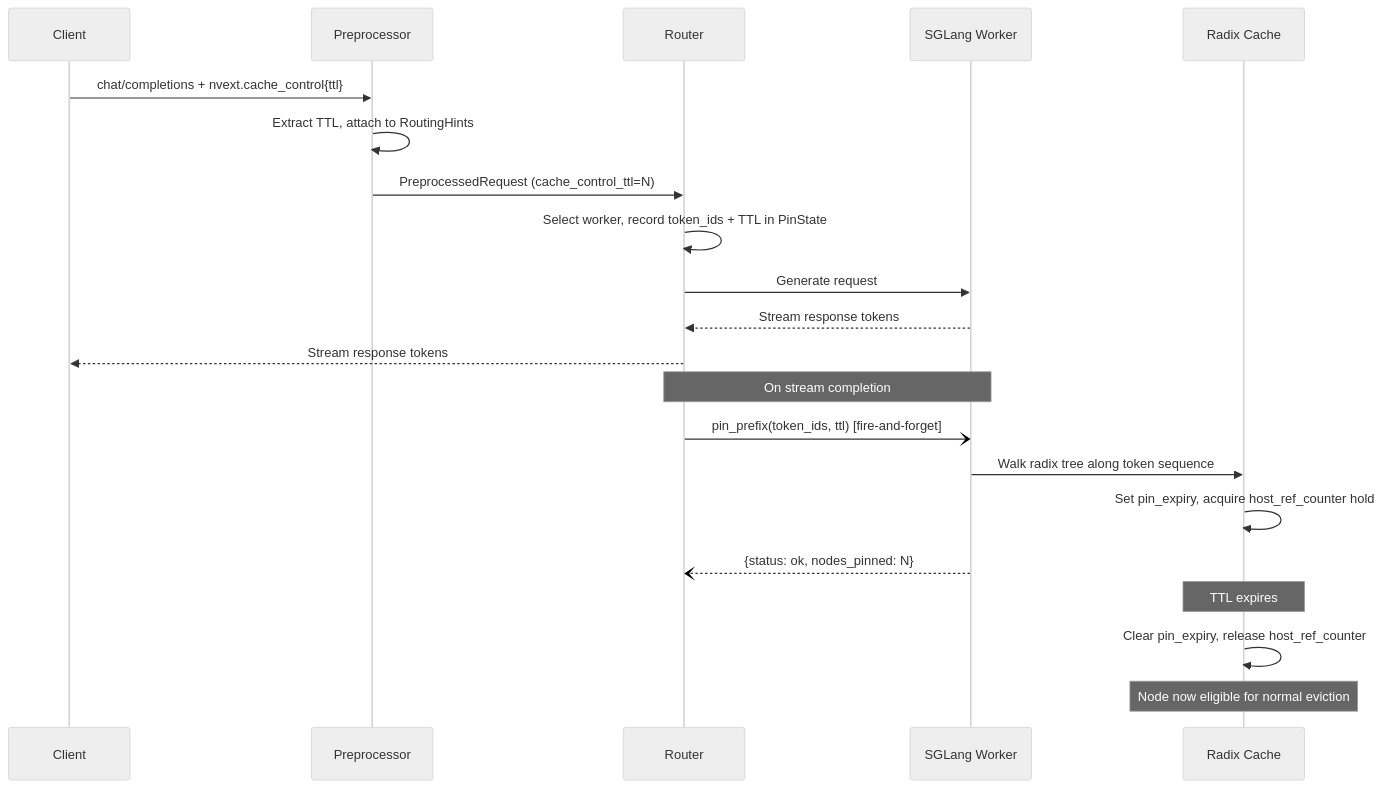
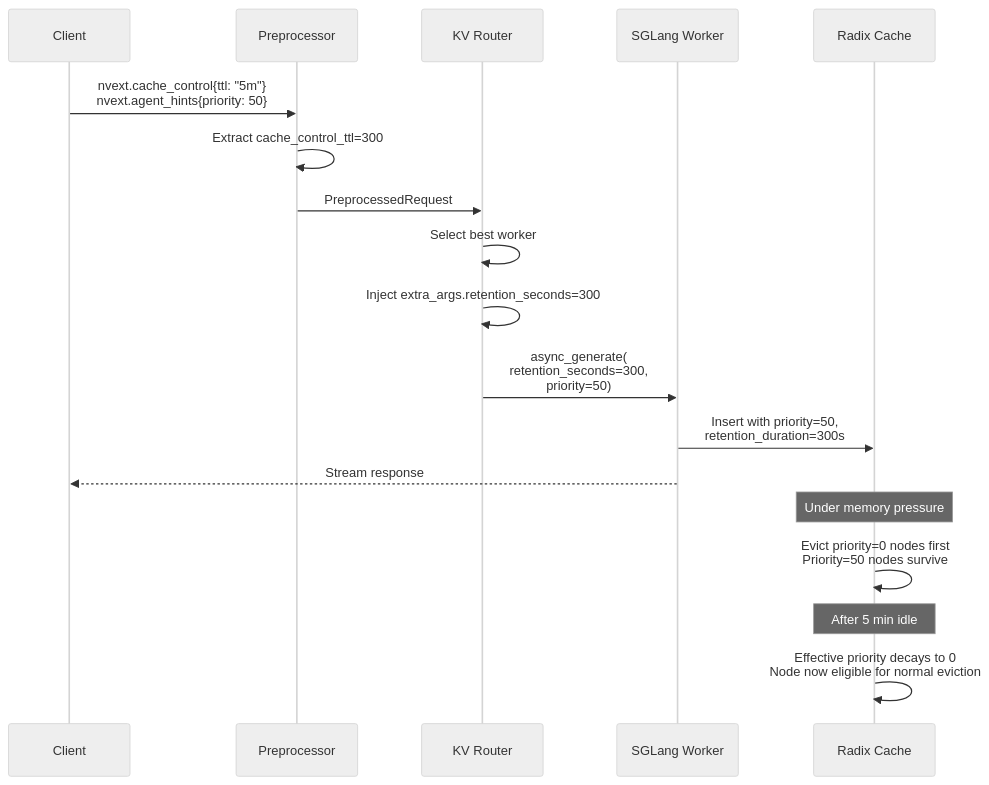
The first of 2 diagrams in docs/backends/sglang/agents.md (ai-dynamo/dynamo), drawn with Mermaid (neutral theme) before and after one commit. The commit also changed other lines of this file and 18 other files, not shown here.

First line of the commit message:
feat: sticky session routing and retention-based cache control

````diff
--- a/docs/backends/sglang/agents.md
+++ b/docs/backends/sglang/agents.md
@@ -125,28 +118,25 @@
 ```mermaid
 sequenceDiagram
     participant Client
     participant Preprocessor
-    participant Router
+    participant Router as KV Router
     participant Worker as SGLang Worker
     participant Cache as Radix Cache
 
-    Client->>Preprocessor: chat/completions + nvext.cache_control{ttl}
-    Preprocessor->>Preprocessor: Extract TTL, attach to RoutingHints
-    Preprocessor->>Router: PreprocessedRequest (cache_control_ttl=N)
-    Router->>Router: Select worker, record token_ids + TTL in PinState
-    Router->>Worker: Generate request
-    Worker-->>Router: Stream response tokens
-    Router-->>Client: Stream response tokens
+    Client->>Preprocessor: nvext.cache_control{ttl: "5m"}<br/>nvext.agent_hints{priority: 50}
+    Preprocessor->>Preprocessor: Extract cache_control_ttl=300
+    Preprocessor->>Router: PreprocessedRequest
 
-    Note over Router,Worker: On stream completion
+    Router->>Router: Select best worker
+    Router->>Router: Inject extra_args.retention_seconds=300
 
-    Router-)Worker: pin_prefix(token_ids, ttl) [fire-and-forget]
-    Worker->>Cache: Walk radix tree along token sequence
-    Cache->>Cache: Set pin_expiry, acquire host_ref_counter hold
-    Worker--)Router: {status: ok, nodes_pinned: N}
+    Router->>Worker: async_generate(<br/>  retention_seconds=300,<br/>  priority=50)
+    Worker->>Cache: Insert with priority=50,<br/>retention_duration=300s
+    Worker-->>Client: Stream response
 
-    Note over Cache: TTL expires
+    Note over Cache: Under memory pressure
+    Cache->>Cache: Evict priority=0 nodes first<br/>Priority=50 nodes survive
 
-    Cache->>Cache: Clear pin_expiry, release host_ref_counter
-    Note over Cache: Node now eligible for normal eviction
+    Note over Cache: After 5 min idle
+    Cache->>Cache: Effective priority decays to 0<br/>Node now eligible for normal eviction
 ```
````
